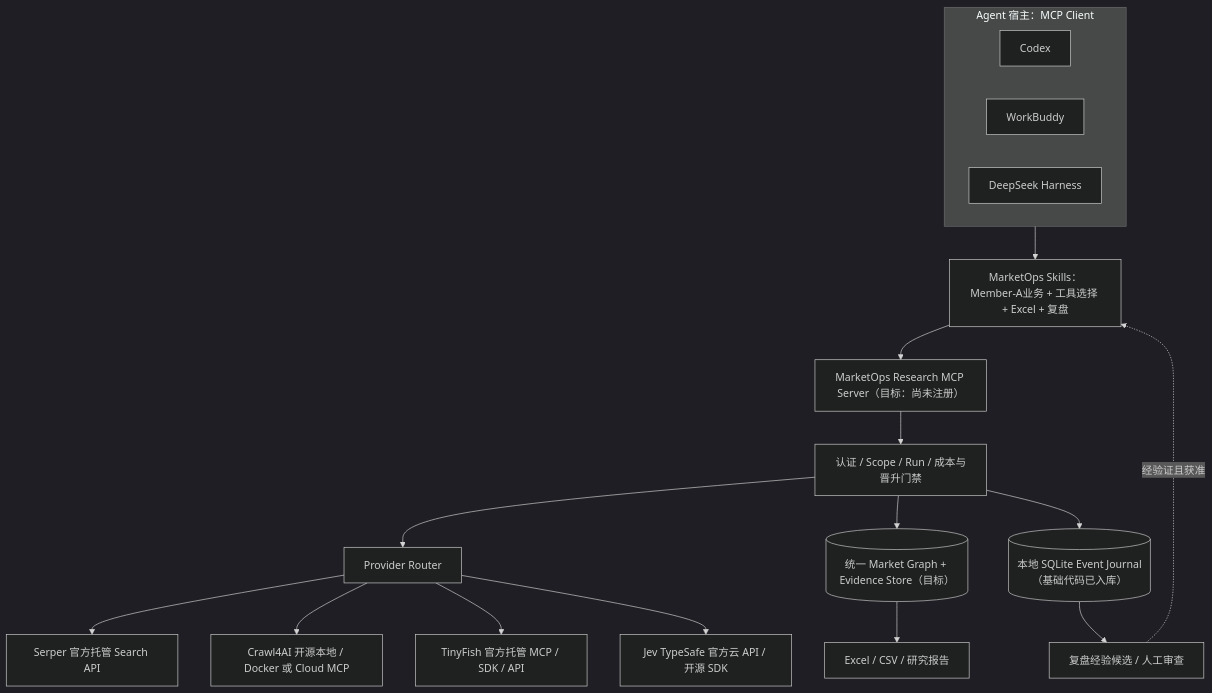
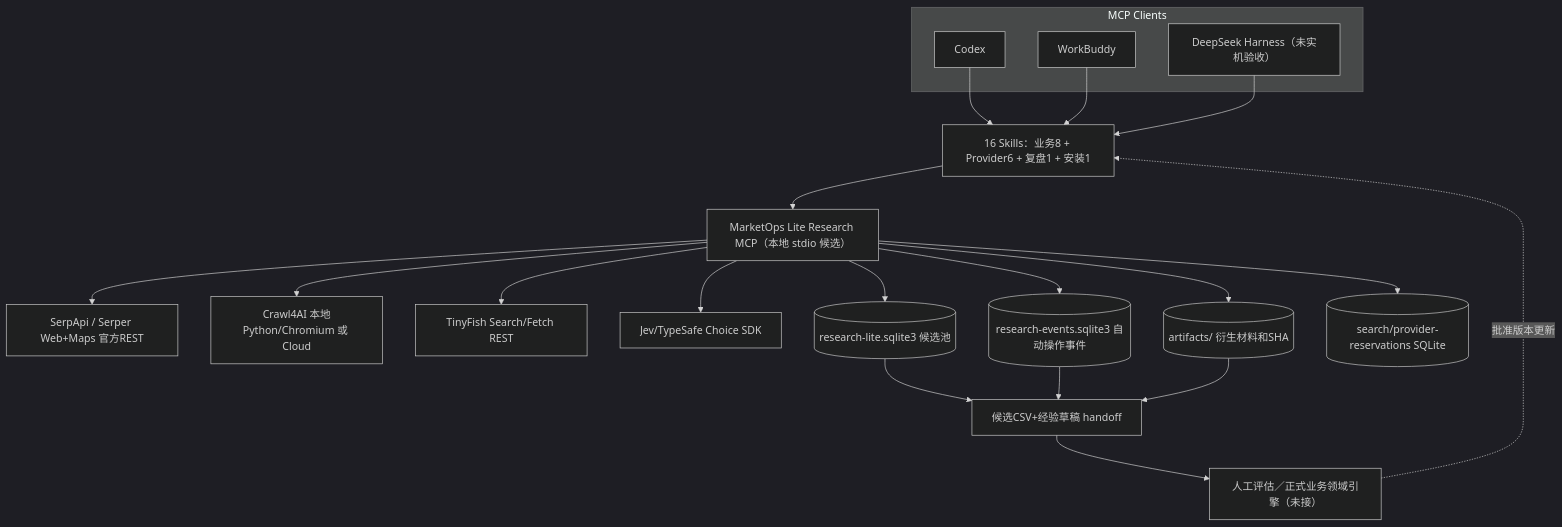
Before and after one commit to ProfessorZhi/marketops: the diagram in plugins/research-tools/marketops-research-assistant/references/STORAGE_AND_TOPOLOGY.md, drawn with Mermaid (dark theme). The commit also changed other lines of this file, not shown here.

Commit message:
docs(plugin): replace outdated topology with current v0.4 single-MCP and customer-data map

````diff
--- a/plugins/research-tools/marketops-research-assistant/references/STORAGE_AND_TOPOLOGY.md
+++ b/plugins/research-tools/marketops-research-assistant/references/STORAGE_AND_TOPOLOGY.md
@@ -38,21 +15,27 @@
-~~~mermaid
+```mermaid
 flowchart TD
- subgraph HOST["Agent 宿主：MCP Client"]
-   COD["Codex"]
-   WB["WorkBuddy"]
-   DSH["DeepSeek Harness"]
+ subgraph Agents["MCP Clients"]
+  COD["Codex"]
+  WB["WorkBuddy"]
+  DSH["DeepSeek Harness（未实机验收）"]
  end
- HOST --> SK["MarketOps Skills：Member-A业务 + 工具选择 + Excel + 复盘"]
- SK --> G["MarketOps Research MCP Server（目标：尚未注册）"]
- G --> AUTH["认证 / Scope / Run / 成本与晋升门禁"]
- AUTH --> ROUTE["Provider Router"]
- ROUTE --> S["Serper 官方托管 Search API"]
- ROUTE --> C["Crawl4AI 开源本地 / Docker 或 Cloud MCP"]
- ROUTE --> T["TinyFish 官方托管 MCP / SDK / API"]
- ROUTE --> J["Jev TypeSafe 官方云 API / 开源 SDK"]
- AUTH --> DB[("统一 Market Graph + Evidence Store（目标）")]
- AUTH --> EV[("本地 SQLite Event Journal（基础代码已入库）")]
- EV --> X["复盘经验候选 / 人工审查"]
- DB --> OUT["Excel / CSV / 研究报告"]
- X -. "经验证且获准" .-> SK
-~~~
+ SK["16 Skills：业务8 + Provider6 + 复盘1 + 安装1"]
+ MCP["MarketOps Lite Research MCP（本地 stdio 候选）"]
+ COD --> SK
+ WB --> SK
+ DSH --> SK
+ SK --> MCP
+ MCP --> SEARCH["SerpApi / Serper Web+Maps 官方REST"]
+ MCP --> CRAWL["Crawl4AI 本地Python/Chromium 或 Cloud"]
+ MCP --> TINY["TinyFish Search/Fetch REST"]
+ MCP --> JEV["Jev/TypeSafe Choice SDK"]
+ MCP --> DATA[("research-lite.sqlite3 候选池")]
+ MCP --> MAT[("artifacts/ 衍生材料和SHA")]
+ MCP --> EVT[("research-events.sqlite3 自动操作事件")]
+ MCP --> CAPS[("search/provider-reservations SQLite")]
+ DATA --> DEL["候选CSV+经验草稿 handoff"]
+ EVT --> DEL
+ MAT --> DEL
+ DEL --> HUMAN["人工评估／正式业务领域引擎（未接）"]
+ HUMAN -. "批准版本更新" .-> SK
+```
````
